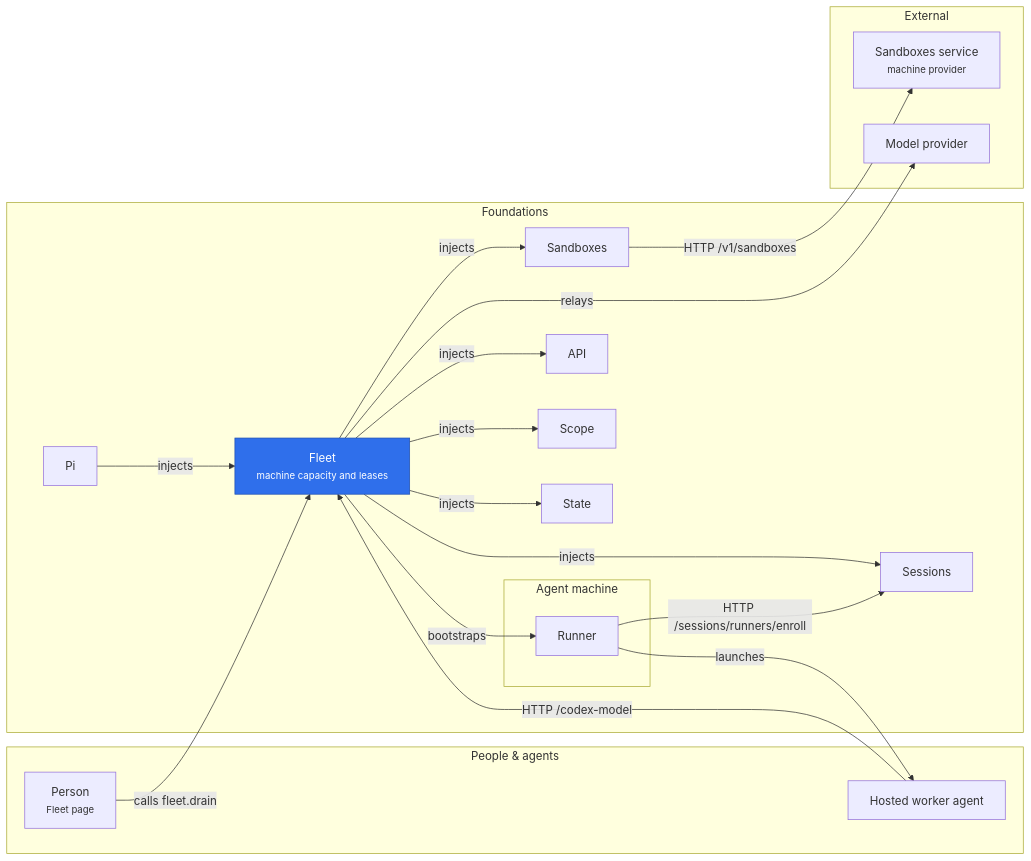
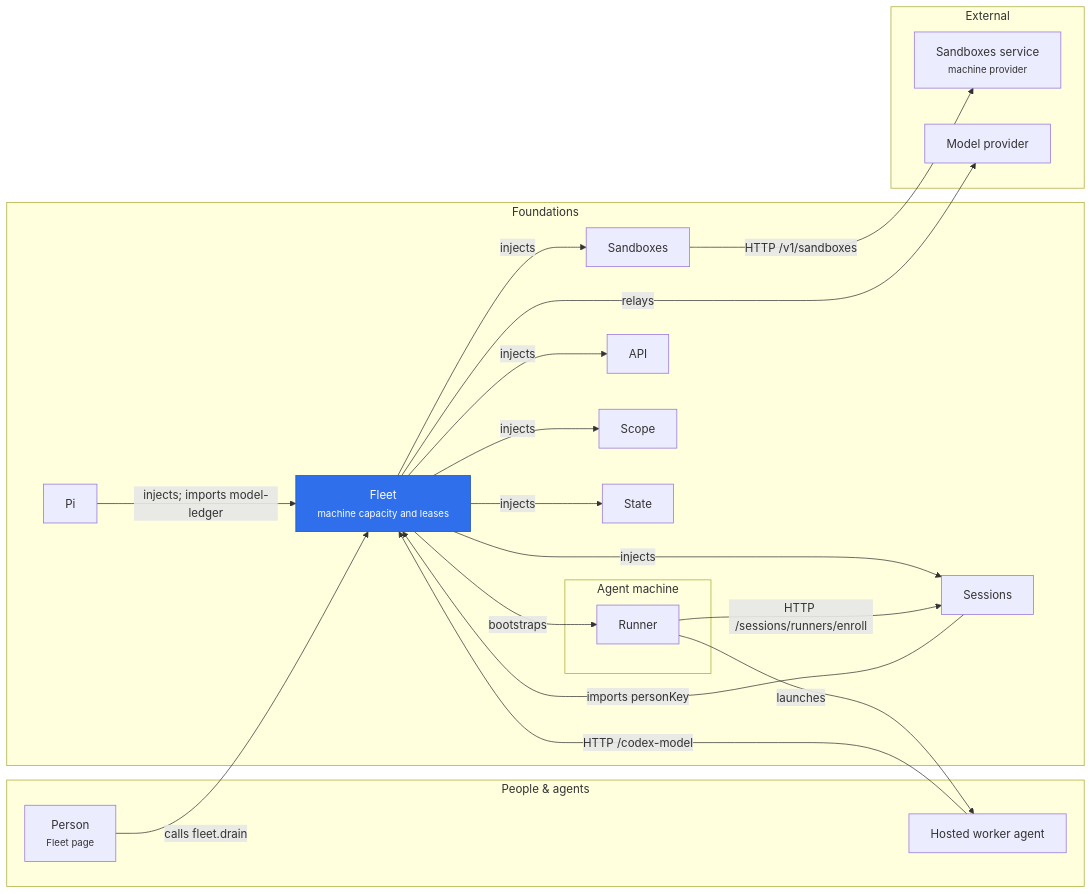
Before and after one commit to rapidreview-io/Merv: the diagram in merv-typescript/packages/fleet/README.md, drawn with Mermaid. The commit also changed other lines of this file and 13 other files, not shown here.

First line of the commit message:
Move the model token ledger from Contracts into Fleet

````diff
--- a/merv-typescript/packages/fleet/README.md
+++ b/merv-typescript/packages/fleet/README.md
@@ -7,38 +7,39 @@
 ```mermaid
 flowchart LR
   subgraph peopleLayer["People & agents"]
     person["Person<br/><small>Fleet page</small>"]
     workerAgent["Hosted worker agent"]
   end
   subgraph foundationsLayer["Foundations"]
     pi["Pi"]
     fleet["Fleet<br/><small>machine capacity and leases</small>"]
     sessions["Sessions"]
     sandboxes["Sandboxes"]
     api["API"]
     scope["Scope"]
     state["State"]
     subgraph machine["Agent machine"]
       runner["Runner"]
     end
   end
   subgraph externalLayer["External"]
     sandboxesService["Sandboxes service<br/><small>machine provider</small>"]
     modelProvider["Model provider"]
   end
   person -- "calls fleet.drain" --> fleet
-  pi -- "injects" --> fleet
+  pi -- "injects; imports model-ledger" --> fleet
+  sessions -- "imports personKey" --> fleet
   fleet -- "injects" --> sandboxes
   fleet -- "injects" --> sessions
   fleet -- "injects" --> api
   fleet -- "injects" --> scope
   fleet -- "injects" --> state
   sandboxes -- "HTTP /v1/sandboxes" --> sandboxesService
   fleet -- "bootstraps" --> runner
   runner -- "HTTP /sessions/runners/enroll" --> sessions
   runner -- "launches" --> workerAgent
   workerAgent -- "HTTP /codex-model" --> fleet
   fleet -- "relays" --> modelProvider
   classDef self fill:#2f6feb,color:#fff,stroke:#1f4fb0
   class fleet self
 ```
````
